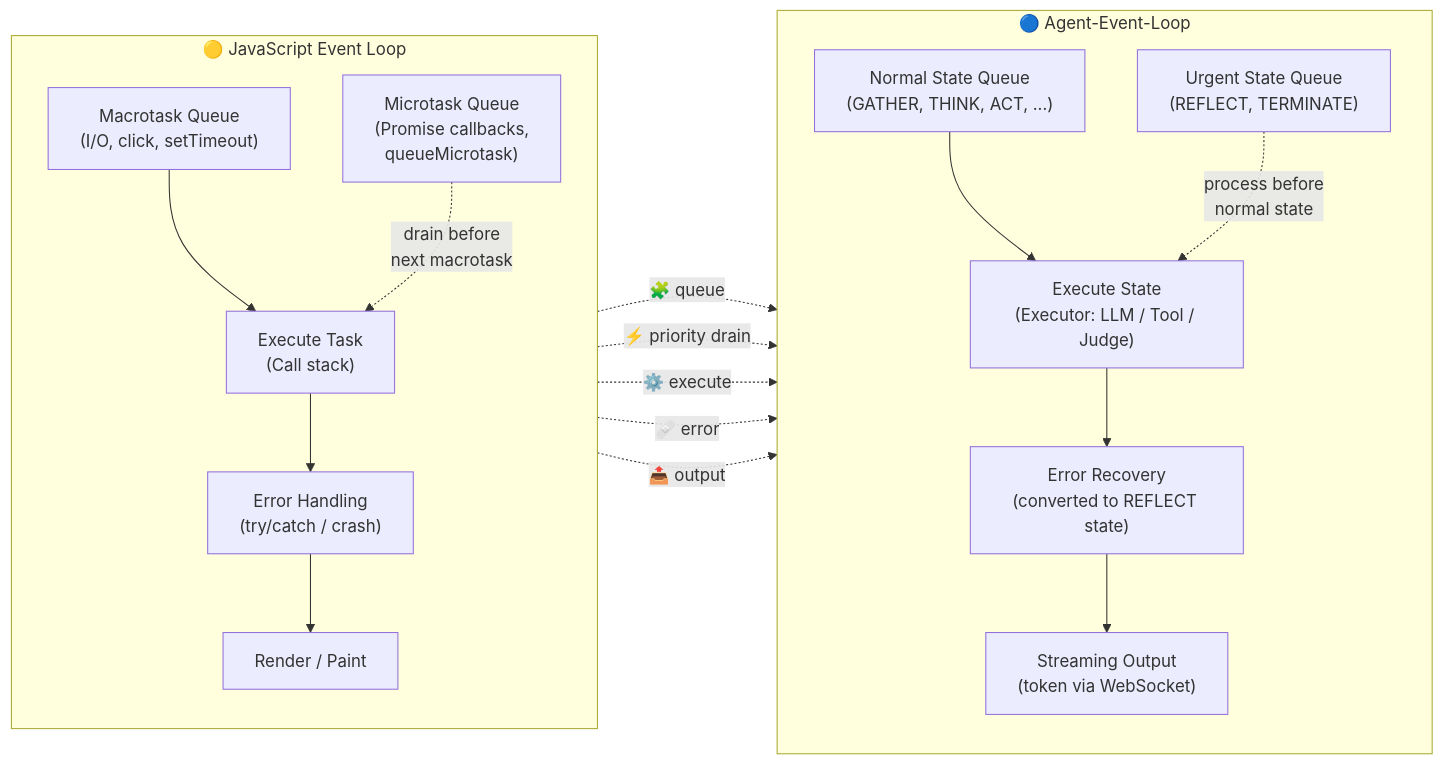
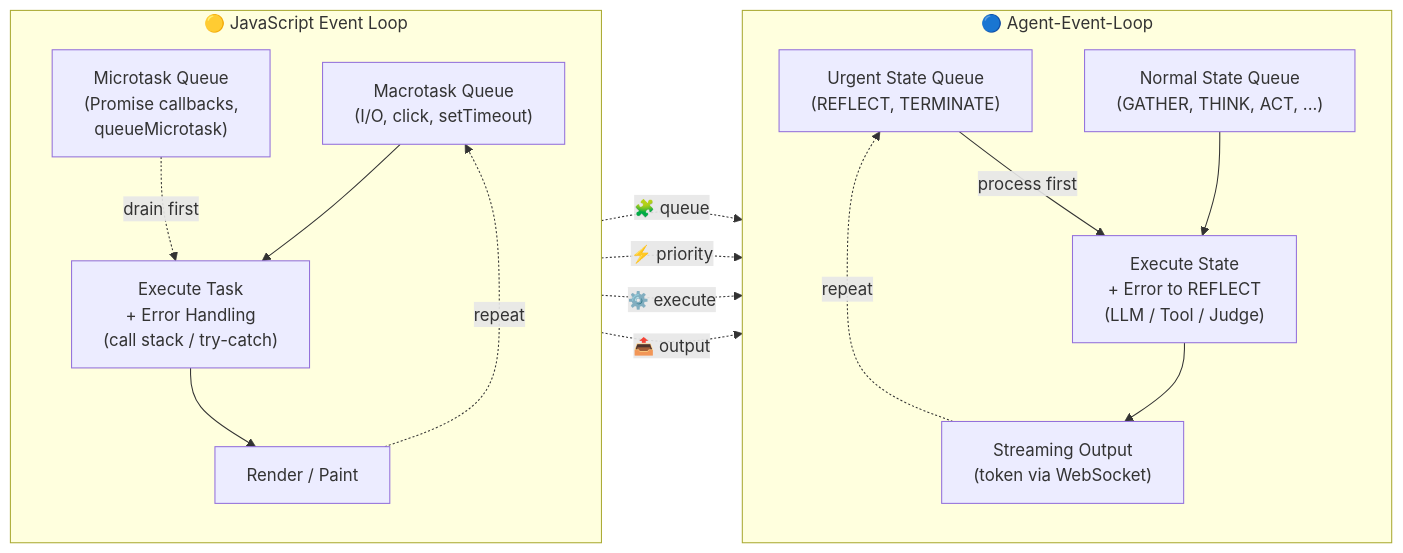
One commit to archerzing-tech/agent-event-loop changed the first of 3 diagrams in README.md. Above: the diagram before and after it, drawn with Mermaid.

Commit message:
fix comparison diagram: priority order, inline error handling, add loop arrows

````diff
--- a/README.md
+++ b/README.md
@@ -31,36 +31,33 @@
 ```mermaid
 flowchart LR
     subgraph JS["🟡 JavaScript Event Loop"]
         direction TB
-        JS_IO["Macrotask Queue<br/>(I/O, click, setTimeout)"]
-        JS_Promise["Microtask Queue<br/>(Promise callbacks,<br/>queueMicrotask)"]
-        JS_Exec["Execute Task<br/>(Call stack)"]
-        JS_Error["Error Handling<br/>(try/catch / crash)"]
+        JS_Macro["Macrotask Queue<br/>(I/O, click, setTimeout)"]
+        JS_Micro["Microtask Queue<br/>(Promise callbacks,<br/>queueMicrotask)"]
+        JS_Exec["Execute Task<br/>+ Error Handling<br/>(call stack / try-catch)"]
         JS_Render["Render / Paint"]
         
-        JS_IO --> JS_Exec
-        JS_Promise -.->|"drain before<br/>next macrotask"| JS_Exec
-        JS_Exec --> JS_Error
-        JS_Error --> JS_Render
+        JS_Micro -.->|"drain first"| JS_Exec
+        JS_Macro --> JS_Exec
+        JS_Exec --> JS_Render
+        JS_Render -.->|"repeat"| JS_Macro
     end
 
     subgraph AEL["🔵 Agent-Event-Loop"]
         direction TB
-        AEL_NQ["Normal State Queue<br/>(GATHER, THINK, ACT, ...)"]
-        AEL_UQ["Urgent State Queue<br/>(REFLECT, TERMINATE)"]
-        AEL_Exec["Execute State<br/>(Executor: LLM / Tool / Judge)"]
-        AEL_Error["Error Recovery<br/>(converted to REFLECT state)"]
+        AEL_Urgent["Urgent State Queue<br/>(REFLECT, TERMINATE)"]
+        AEL_Normal["Normal State Queue<br/>(GATHER, THINK, ACT, ...)"]
+        AEL_Exec["Execute State<br/>+ Error to REFLECT<br/>(LLM / Tool / Judge)"]
         AEL_Output["Streaming Output<br/>(token via WebSocket)"]
         
-        AEL_NQ --> AEL_Exec
-        AEL_UQ -.->|"process before<br/>normal state"| AEL_Exec
-        AEL_Exec --> AEL_Error
-        AEL_Error --> AEL_Output
+        AEL_Urgent -->|"process first"| AEL_Exec
+        AEL_Normal --> AEL_Exec
+        AEL_Exec --> AEL_Output
+        AEL_Output -.->|"repeat"| AEL_Urgent
     end
 
-    JS_IO -.->|"🧩 queue"| AEL_NQ
-    JS_Promise -.->|"⚡ priority drain"| AEL_UQ
+    JS_Macro -.->|"🧩 queue"| AEL_Normal
+    JS_Micro -.->|"⚡ priority"| AEL_Urgent
     JS_Exec -.->|"⚙️ execute"| AEL_Exec
-    JS_Error -.->|"🩹 error"| AEL_Error
     JS_Render -.->|"📤 output"| AEL_Output
 ```
````
